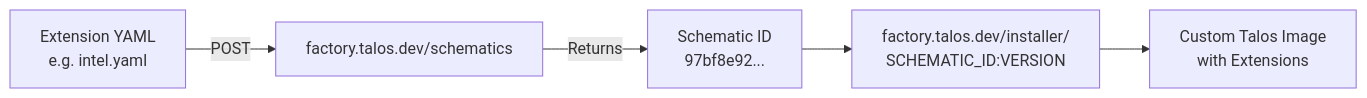
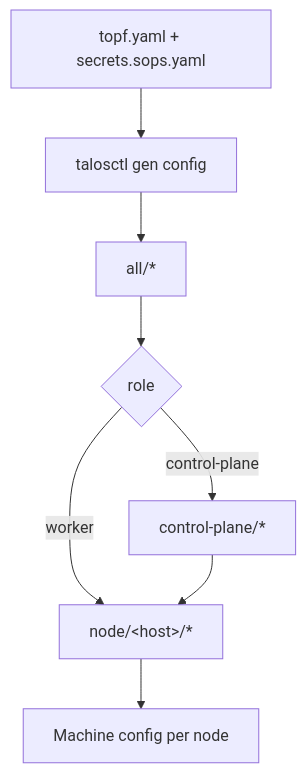
Before and after one commit to swibrow/home-ops: the diagram in docs/infrastructure/talos-linux.md, drawn with Mermaid. The commit also changed other lines of this file and 105 other files, not shown here.

````diff
--- a/docs/infrastructure/talos-linux.md
+++ b/docs/infrastructure/talos-linux.md
@@ -25,7 +97,10 @@
 ```mermaid
-flowchart LR
-    A[Extension YAML<br/>e.g. intel.yaml] -->|POST| B[factory.talos.dev/schematics]
-    B -->|Returns| C[Schematic ID<br/>97bf8e92...]
-    C --> D[factory.talos.dev/installer/<br/>SCHEMATIC_ID:VERSION]
-    D --> E[Custom Talos Image<br/>with Extensions]
+flowchart TD
+    A[topf.yaml + secrets.sops.yaml] --> B[talosctl gen config]
+    B --> C[all/*]
+    C --> D{role}
+    D -->|control-plane| E[control-plane/*]
+    D -->|worker| F[node/&lt;host&gt;/*]
+    E --> F
+    F --> G[Machine config per node]
 ```
````
